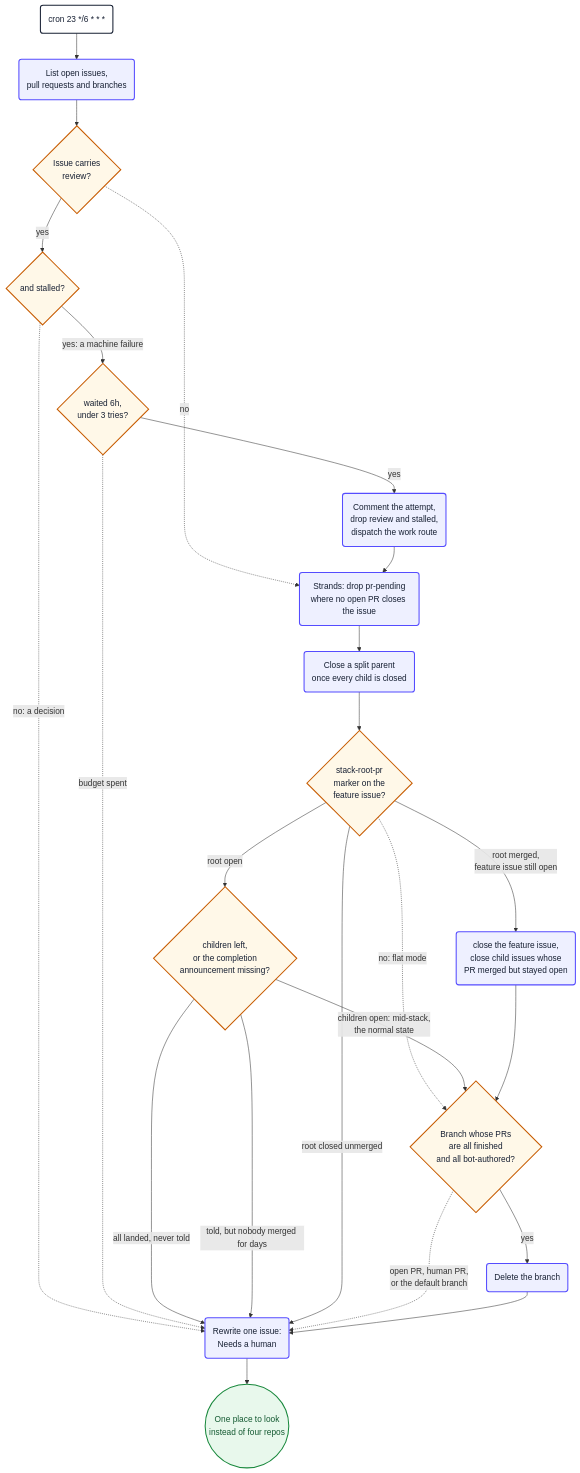
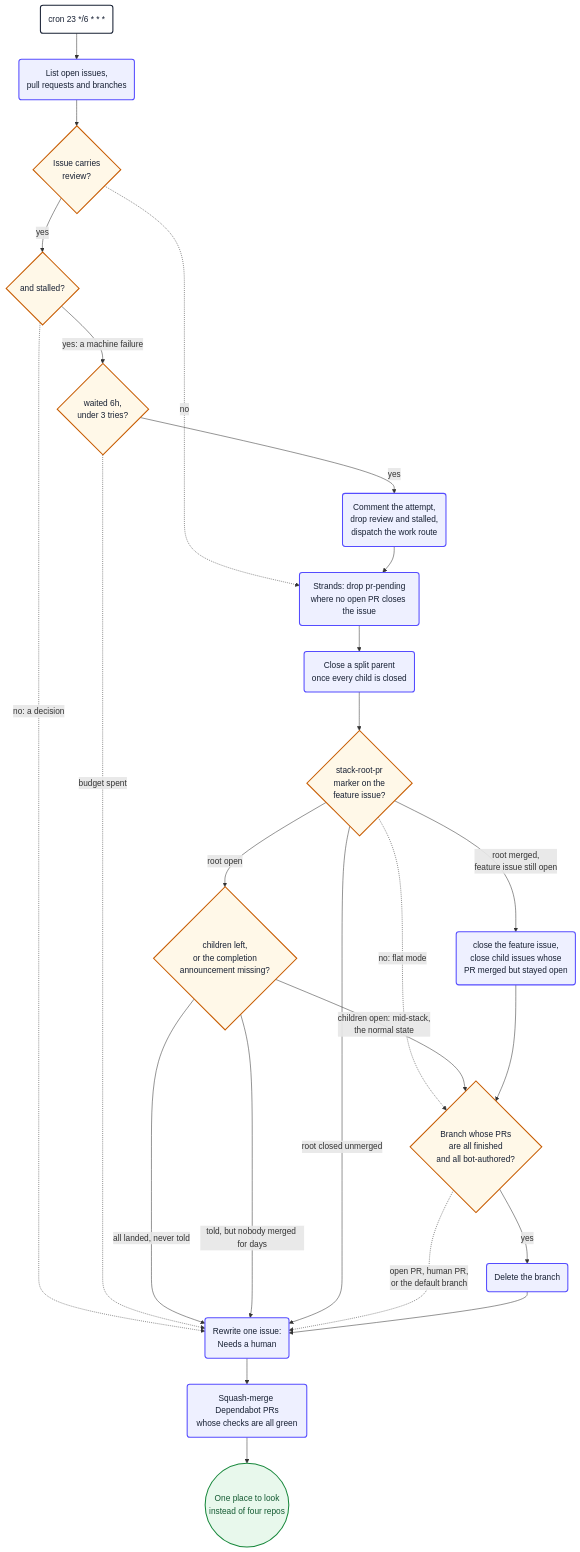
Before and after one commit to PlainConceptsPlatform/agentic-workflows: diagram 13 of 16 in loops/docs/diagrams.md, drawn with Mermaid. The commit also changed other lines of this file and 31 other files, not shown here.

First line of the commit message:
feat: Dependabot auto-merge, docs-audit under refine's size gate (1.13.0) (#491)

````diff
--- a/loops/docs/diagrams.md
+++ b/loops/docs/diagrams.md
@@ -630,38 +633,39 @@
 ```mermaid
 flowchart TB
     hkCron("cron 23 */6 * * *") --> hkScan("List open issues,<br/>pull requests and branches")
     hkScan --> hkPark{"Issue carries<br/>review?"}
     hkPark -.->|no| hkStrand
     hkPark -->|yes| hkWhy{"and stalled?"}
     hkWhy -.->|"no: a decision"| hkDigest
     hkWhy -->|"yes: a machine failure"| hkBudget{"waited 6h,<br/>under 3 tries?"}
     hkBudget -.->|"budget spent"| hkDigest
     hkBudget -->|yes| hkRetry("Comment the attempt,<br/>drop review and stalled,<br/>dispatch the work route")
     hkRetry --> hkStrand
 
     hkStrand("Strands: drop pr-pending<br/>where no open PR closes the issue") --> hkParent("Close a split parent<br/>once every child is closed")
     hkParent --> hkStack{"stack-root-pr<br/>marker on the<br/>feature issue?"}
     hkStack -.->|"no: flat mode"| hkBranch
     hkStack -->|"root open"| hkStackWait{"children left,<br/>or the completion<br/>announcement missing?"}
     hkStackWait -->|"children open: mid-stack,<br/>the normal state"| hkBranch
     hkStackWait -->|"all landed, never told"| hkDigest
     hkStackWait -->|"told, but nobody merged for days"| hkDigest
     hkStack -->|"root merged,<br/>feature issue still open"| hkStackClose("close the feature issue,<br/>close child issues whose<br/>PR merged but stayed open")
     hkStack -->|"root closed unmerged"| hkDigest
     hkStackClose --> hkBranch
     hkBranch{"Branch whose PRs<br/>are all finished<br/>and all bot-authored?"}
     hkBranch -->|yes| hkDelete("Delete the branch")
     hkBranch -.->|"open PR, human PR,<br/>or the default branch"| hkDigest
     hkDelete --> hkDigest
-    hkDigest("Rewrite one issue:<br/>Needs a human") --> hkEnd
+    hkDigest("Rewrite one issue:<br/>Needs a human") --> hkDependabot
+    hkDependabot("Squash-merge Dependabot PRs<br/>whose checks are all green") --> hkEnd
     hkEnd(("One place to look<br/>instead of four repos"))
 
     classDef start fill:#ffffff,stroke:#172033,stroke-width:2px,color:#172033
     classDef action fill:#eef0ff,stroke:#554cff,stroke-width:2px,color:#172033
     classDef decision fill:#fff8e8,stroke:#c75b00,stroke-width:2px,color:#172033
     classDef success fill:#e8f8ec,stroke:#18883c,stroke-width:2px,color:#145a32
     class hkCron start
-    class hkScan,hkRetry,hkStrand,hkParent,hkDelete,hkDigest,hkStackClose action
+    class hkScan,hkRetry,hkStrand,hkParent,hkDelete,hkDigest,hkStackClose,hkDependabot action
     class hkPark,hkWhy,hkBudget,hkBranch,hkStack,hkStackWait decision
     class hkEnd success
 ```
````
